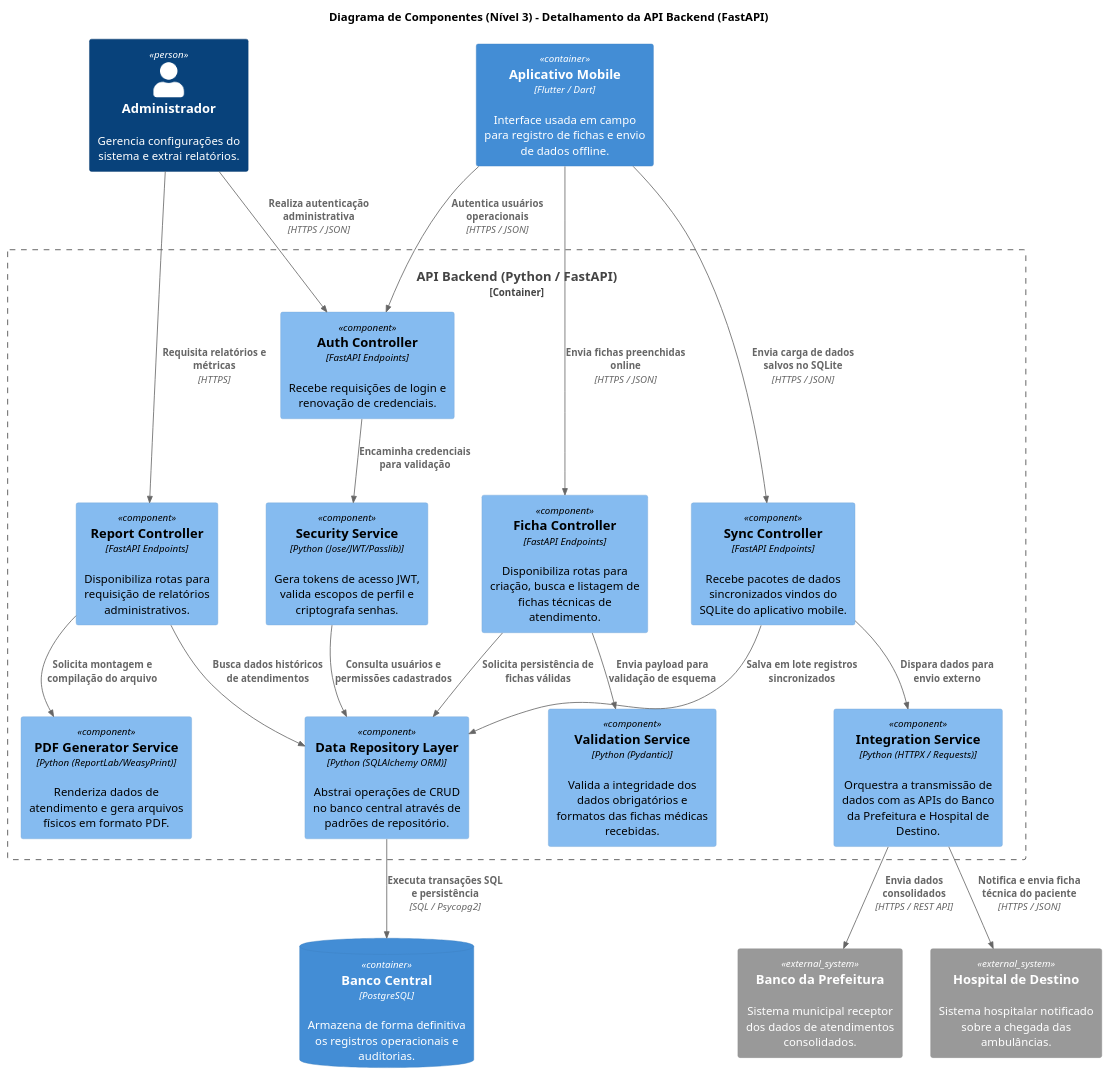
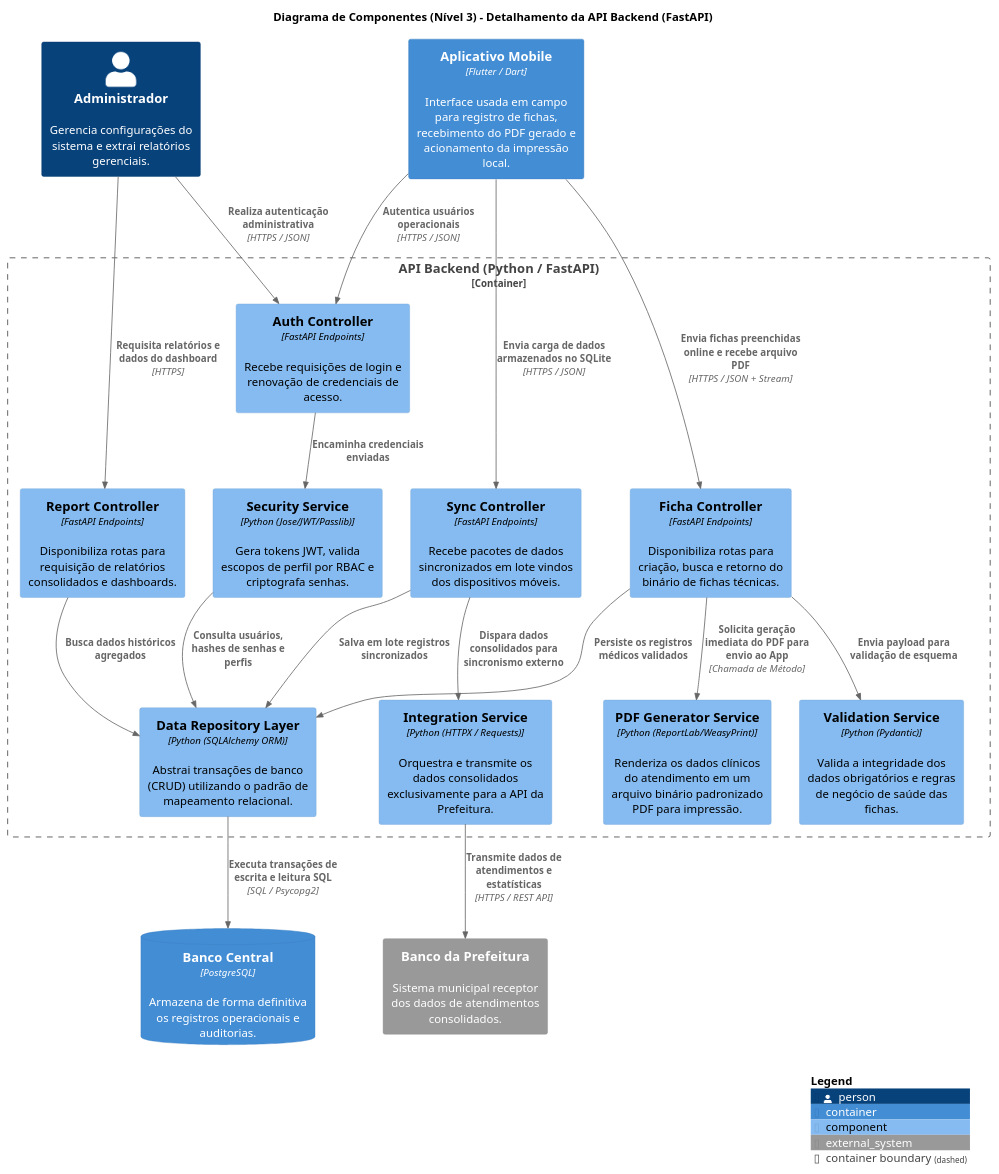
The diagram in ModeloC4/nivel3.puml (Madu3304/Software_brava), drawn with PlantUML before and after one commit. The commit also changed 3 other files, not shown here.

```diff
--- a/ModeloC4/nivel3.puml
+++ b/ModeloC4/nivel3.puml
@@ -1,75 +1,77 @@
-@startuml c4_Nivel3
+@startuml c4Nivel3
 
 !include https://raw.githubusercontent.com/RicardoNiepel/C4-PlantUML/master/C4_Component.puml
 
 title Diagrama de Componentes (Nível 3) - Detalhamento da API Backend (FastAPI)
 
-' =========================
+' ========================================================
 ' Elementos Externos à API (Atores e Containers do Nível 2)
-' =========================
-Person(admin, "Administrador", "Gerencia configurações do sistema e extrai relatórios.")
-Container(app_mobile, "Aplicativo Mobile", "Flutter / Dart", "Interface usada em campo para registro de fichas e envio de dados offline.")
+' ========================================================
+Person(admin, "Administrador", "Gerencia configurações do sistema e extrai relatórios gerenciais.")
+Container(app_mobile, "Aplicativo Mobile", "Flutter / Dart", "Interface usada em campo para registro de fichas, recebimento do PDF gerado e acionamento da impressão local.")
 
 ContainerDb(postgres, "Banco Central", "PostgreSQL", "Armazena de forma definitiva os registros operacionais e auditorias.")
 System_Ext(prefeitura, "Banco da Prefeitura", "Sistema municipal receptor dos dados de atendimentos consolidados.")
-System_Ext(hospital, "Hospital de Destino", "Sistema hospitalar notificado sobre a chegada das ambulâncias.")
 
-' =========================
+' ========================================================
 ' Fronteira do Container: API Backend
-' =========================
+' ========================================================
 Container_Boundary(api, "API Backend (Python / FastAPI)") {
 
     ' Módulo de Autenticação e Segurança
-    Component(auth_controller, "Auth Controller", "FastAPI Endpoints", "Recebe requisições de login e renovação de credenciais.")
-    Component(security_service, "Security Service", "Python (Jose/JWT/Passlib)", "Gera tokens de acesso JWT, valida escopos de perfil e criptografa senhas.")
+    Component(auth_controller, "Auth Controller", "FastAPI Endpoints", "Recebe requisições de login e renovação de credenciais de acesso.")
+    Component(security_service, "Security Service", "Python (Jose/JWT/Passlib)", "Gera tokens JWT, valida escopos de perfil por RBAC e criptografa senhas.")
 
     ' Módulo de Processamento de Fichas
-    Component(ficha_controller, "Ficha Controller", "FastAPI Endpoints", "Disponibiliza rotas para criação, busca e listagem de fichas técnicas de atendimento.")
-    Component(validation_service, "Validation Service", "Python (Pydantic)", "Valida a integridade dos dados obrigatórios e formatos das fichas médicas recebidas.")
+    Component(ficha_controller, "Ficha Controller", "FastAPI Endpoints", "Disponibiliza rotas para criação, busca e retorno do binário de fichas técnicas.")
+    Component(validation_service, "Validation Service", "Python (Pydantic)", "Valida a integridade dos dados obrigatórios e regras de negócio de saúde das fichas.")
 
-    ' Módulo de Geração de Relatórios
-    Component(report_controller, "Report Controller", "FastAPI Endpoints", "Disponibiliza rotas para requisição de relatórios administrativos.")
-    Component(pdf_generator, "PDF Generator Service", "Python (ReportLab/WeasyPrint)", "Renderiza dados de atendimento e gera arquivos físicos em formato PDF.")
+    ' Módulo de Geração de Documentos e PDFs
+    Component(pdf_generator, "PDF Generator Service", "Python (ReportLab/WeasyPrint)", "Renderiza os dados clínicos do atendimento em um arquivo binário padronizado PDF para impressão.")
+
+    ' Módulo de Administração e Relatórios Operacionais
+    Component(report_controller, "Report Controller", "FastAPI Endpoints", "Disponibiliza rotas para requisição de relatórios consolidados e dashboards.")
 
     ' Módulo de Sincronização e Integração
-    Component(sync_controller, "Sync Controller", "FastAPI Endpoints", "Recebe pacotes de dados sincronizados vindos do SQLite do aplicativo mobile.")
-    Component(integration_service, "Integration Service", "Python (HTTPX / Requests)", "Orquestra a transmissão de dados com as APIs do Banco da Prefeitura e Hospital de Destino.")
+    Component(sync_controller, "Sync Controller", "FastAPI Endpoints", "Recebe pacotes de dados sincronizados em lote vindos dos dispositivos móveis.")
+    Component(integration_service, "Integration Service", "Python (HTTPX / Requests)", "Orquestra e transmite os dados consolidados exclusivamente para a API da Prefeitura.")
 
     ' Camada de Dados Compartilhada
-    Component(repository, "Data Repository Layer", "Python (SQLAlchemy ORM)", "Abstrai operações de CRUD no banco central através de padrões de repositório.")
+    Component(repository, "Data Repository Layer", "Python (SQLAlchemy ORM)", "Abstrai transações de banco (CRUD) utilizando o padrão de mapeamento relacional.")
 }
 
-' =========================
+' ========================================================
 ' Relacionamentos / Fluxos de Comunicação
-' =========================
+' ========================================================
 
-' Fluxos do Administrador e Aplicativo Mobile para os Endpoints da API
+' Fluxos dos Atores/Containers para os Endpoints da API
 Rel(admin, auth_controller, "Realiza autenticação administrativa", "HTTPS / JSON")
-Rel(admin, report_controller, "Requisita relatórios e métricas", "HTTPS")
+Rel(admin, report_controller, "Requisita relatórios e dados do dashboard", "HTTPS")
 
 Rel(app_mobile, auth_controller, "Autentica usuários operacionais", "HTTPS / JSON")
-Rel(app_mobile, ficha_controller, "Envia fichas preenchidas online", "HTTPS / JSON")
-Rel(app_mobile, sync_controller, "Envia carga de dados salvos no SQLite", "HTTPS / JSON")
+Rel(app_mobile, ficha_controller, "Envia fichas preenchidas online e recebe arquivo PDF", "HTTPS / JSON + Stream")
+Rel(app_mobile, sync_controller, "Envia carga de dados armazenados no SQLite", "HTTPS / JSON")
 
-' Interações Internas do Módulo de Autenticação
-Rel(auth_controller, security_service, "Encaminha credenciais para validação")
-Rel(security_service, repository, "Consulta usuários e permissões cadastrados")
+' Interações Internas do Módulo de Autenticação e Segurança
+Rel(auth_controller, security_service, "Encaminha credenciais enviadas")
+Rel(security_service, repository, "Consulta usuários, hashes de senhas e perfis")
 
-' Interações Internas do Módulo de Fichas
+' Interações Internas do Módulo de Fichas e Geração Automática do PDF
 Rel(ficha_controller, validation_service, "Envia payload para validação de esquema")
-Rel(ficha_controller, repository, "Solicita persistência de fichas válidas")
+Rel(ficha_controller, repository, "Persiste os registros médicos validados")
+Rel(ficha_controller, pdf_generator, "Solicita geração imediata do PDF para envio ao App", "Chamada de Método")
 
 ' Interações Internas do Módulo de Sincronização e Integrações Externas
 Rel(sync_controller, repository, "Salva em lote registros sincronizados")
-Rel(sync_controller, integration_service, "Dispara dados para envio externo")
-Rel(integration_service, prefeitura, "Envia dados consolidados", "HTTPS / REST API")
-Rel(integration_service, hospital, "Notifica e envia ficha técnica do paciente", "HTTPS / JSON")
+Rel(sync_controller, integration_service, "Dispara dados consolidados para sincronismo externo")
+Rel(integration_service, prefeitura, "Transmite dados de atendimentos e estatísticas", "HTTPS / REST API")
 
-' Interações Internas do Módulo de Relatórios e PDFs
-Rel(report_controller, repository, "Busca dados históricos de atendimentos")
-Rel(report_controller, pdf_generator, "Solicita montagem e compilação do arquivo")
+' Interações Internas do Módulo de Relatórios Gerenciais
+Rel(report_controller, repository, "Busca dados históricos agregados")
 
 ' Saída da Camada de Dados para o Container do Banco Central
-Rel(repository, postgres, "Executa transações SQL e persistência", "SQL / Psycopg2")
+Rel(repository, postgres, "Executa transações de escrita e leitura SQL", "SQL / Psycopg2")
 
+' Configuração de Legenda Obrigatória do C4
+SHOW_LEGEND()
 @enduml
```
